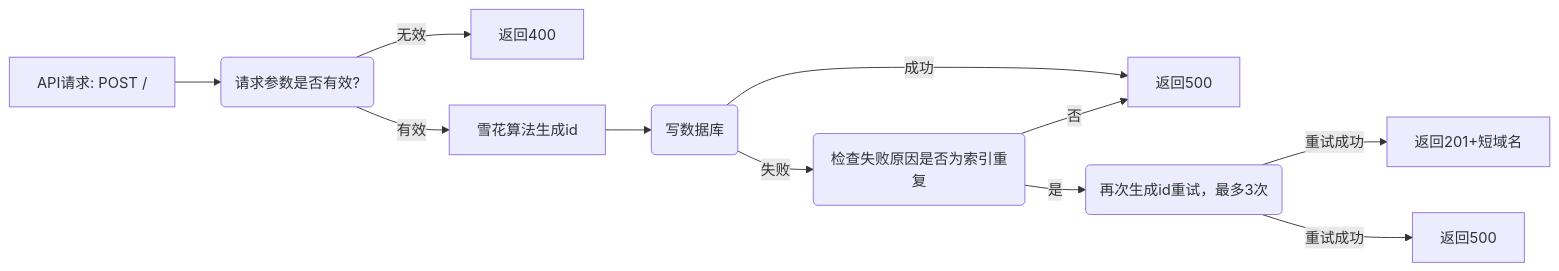
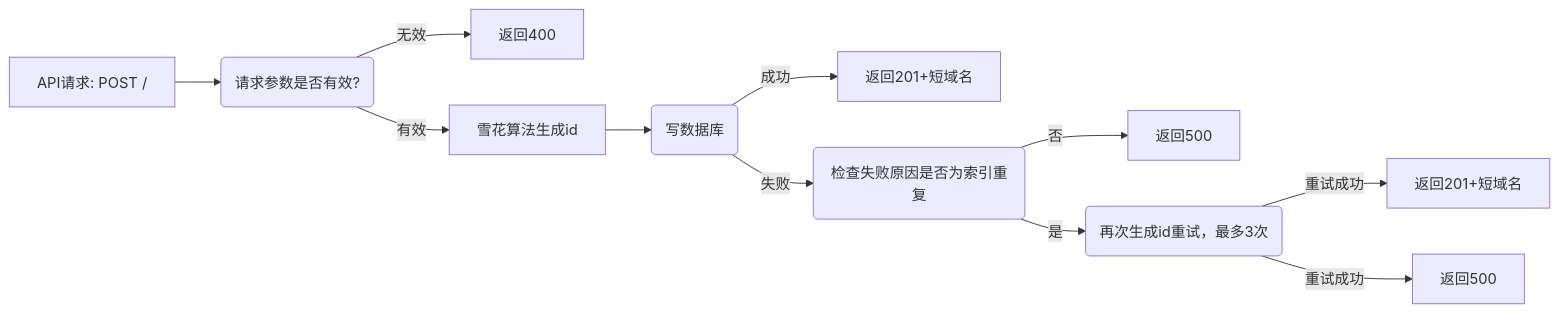
The first of 2 diagrams in fullstack/README.md (hongshancapital/interview-assignments), drawn with Mermaid before and after one commit. The commit also changed other lines of this file and 2 other files, not shown here.

````diff
--- a/fullstack/README.md
+++ b/fullstack/README.md
@@ -131,12 +131,12 @@
 ```mermaid
 graph LR
-A["API请求: POST /"] -->C("请求参数是否有效?")
-  C -->|无效| D[返回400]
-  C -->|有效| E[雪花算法生成id] --> F(写数据库)
-    F --> |成功| G[返回201+短域名]
-    F --> |失败| H(检查失败原因是否为索引重复)
-      H --> |否| G[返回500]
-      H --> |是| I("再次生成id重试，最多3次") 
+A["API请求: POST /"] -->B("请求参数是否有效?")
+  B -->|无效| C[返回400]
+  B -->|有效| D[雪花算法生成id] --> E(写数据库)
+    E --> |成功| F[返回201+短域名]
+    E --> |失败| G(检查失败原因是否为索引重复)
+      G --> |否| H[返回500]
+      G --> |是| I("再次生成id重试，最多3次") 
         I --> |重试成功| J[返回201+短域名]
         I --> |重试成功| K[返回500]
 ```
````
